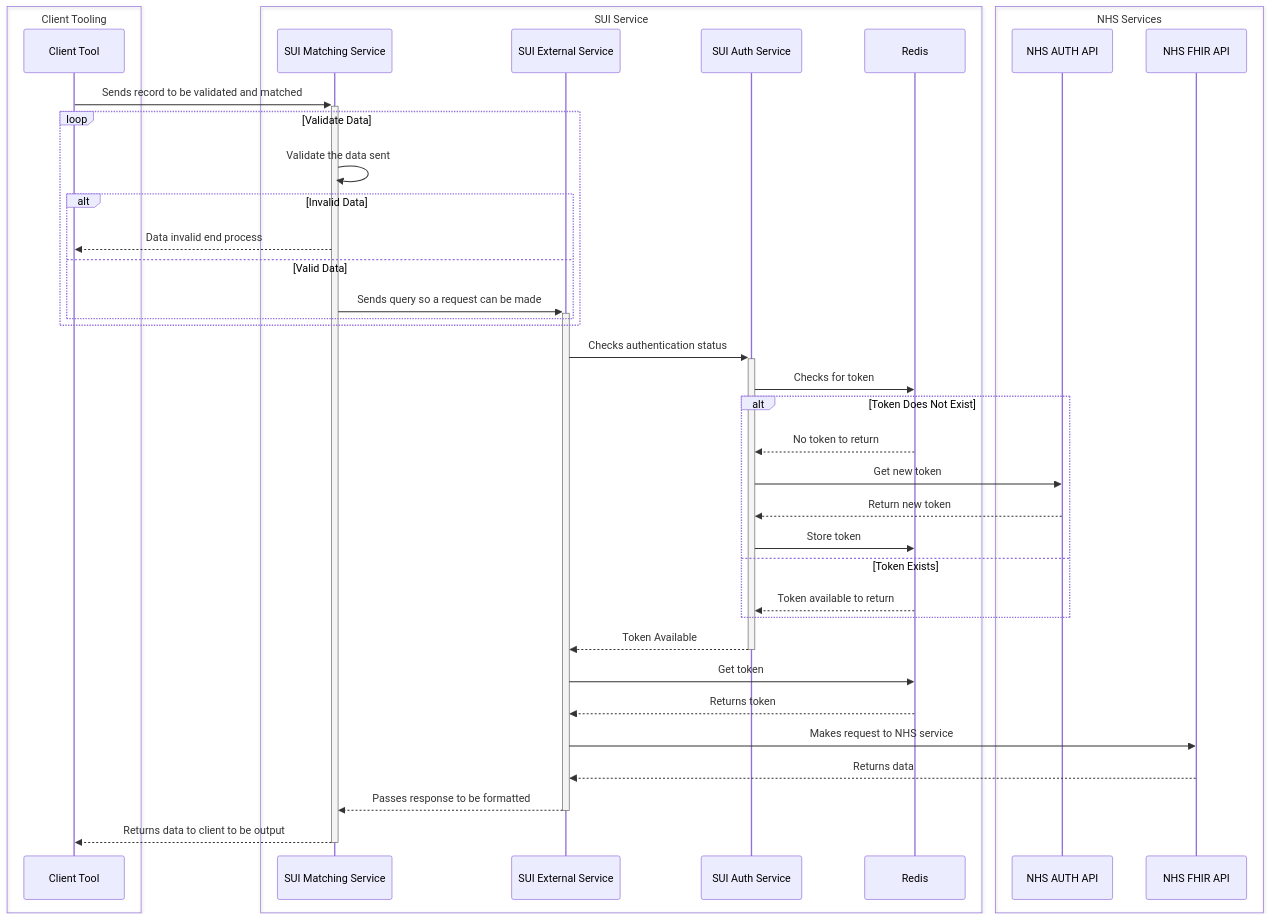
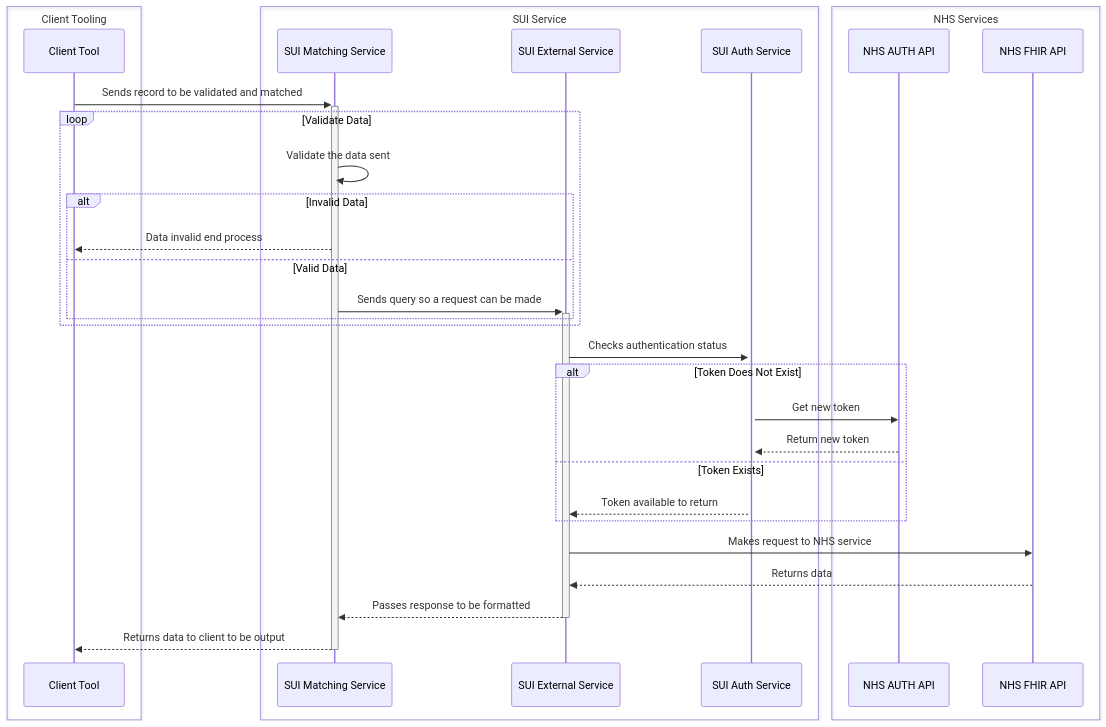
One commit to DFE-Digital/SUI_Matcher changed the second of 4 diagrams in documentation/docs/architecture.md. Above: the diagram before and after it, drawn with Mermaid. The commit also changed 1 other file, not shown here.

Commit message:
docs: Adding client arch docs sui-23

````diff
--- a/documentation/docs/architecture.md
+++ b/documentation/docs/architecture.md
@@ -68,44 +68,37 @@
 ```mermaid
 sequenceDiagram
     box Client Tooling
     participant client as Client Tool
     end
     box SUI Service
     participant suimatch as SUI Matching Service
     participant suiexternal as SUI External Service
     participant suiauth as SUI Auth Service
-    participant redis as Redis
     end
     box NHS Services
     participant nhsauth as NHS AUTH API
     participant nhssearch as NHS FHIR API
     end
 
     client->>+suimatch: Sends record to be validated and matched
     loop Validate Data
         suimatch->>suimatch: Validate the data sent
         alt Invalid Data
             suimatch-->>client: Data invalid end process
         else Valid Data
             suimatch->>+suiexternal: Sends query so a request can be made
         end
     end
         suiexternal->>+suiauth: Checks authentication status
-        suiauth->>redis: Checks for token
         alt Token Does Not Exist
-            redis-->>suiauth: No token to return
             suiauth->>nhsauth: Get new token
             nhsauth-->>suiauth: Return new token
-            suiauth->>redis: Store token
         else Token Exists
-            redis-->>suiauth: Token available to return
+            suiauth-->>suiexternal: Token available to return
         end
-        suiauth-->>-suiexternal: Token Available
-        suiexternal->>redis: Get token
-        redis-->>suiexternal: Returns token
         suiexternal->>nhssearch: Makes request to NHS service
         nhssearch-->>suiexternal: Returns data
         suiexternal-->>-suimatch: Passes response to be formatted
         suimatch-->>-client: Returns data to client to be output
 
 ```
````
